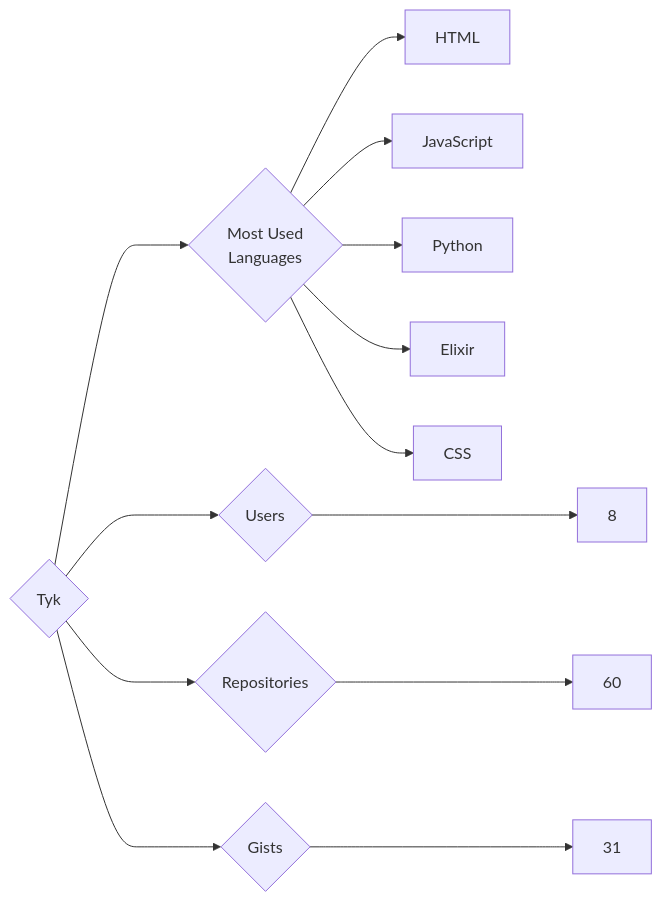
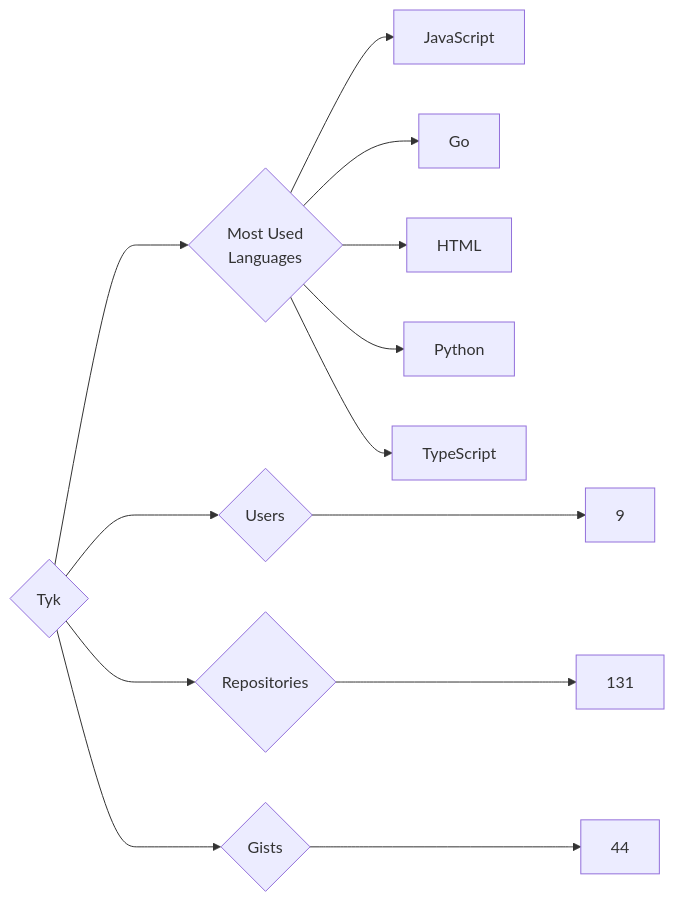
Before and after one commit to trickest/insiders: the diagram in targets/Tyk/README.md, drawn with Mermaid. The commit also changed 1479 other files, not shown here.

````diff
--- a/targets/Tyk/README.md
+++ b/targets/Tyk/README.md
@@ -3,13 +3,13 @@
 ```mermaid
 graph LR
 COMPANY_NAME{Tyk}
-COMPANY_NAME ---> U{Users} ---> UN[8]
-COMPANY_NAME ---> R{Repositories} ---> RN[60]
-COMPANY_NAME ---> G{Gists} ---> GN[31]
+COMPANY_NAME ---> U{Users} ---> UN[9]
+COMPANY_NAME ---> R{Repositories} ---> RN[131]
+COMPANY_NAME ---> G{Gists} ---> GN[44]
 COMPANY_NAME ---> ML{Most Used<br>Languages}
+ML --> JavaScript[JavaScript]
+ML --> Go[Go]
 ML --> HTML[HTML]
-ML --> JavaScript[JavaScript]
 ML --> Python[Python]
-ML --> Elixir[Elixir]
-ML --> CSS[CSS]
+ML --> TypeScript[TypeScript]
 ```
````
